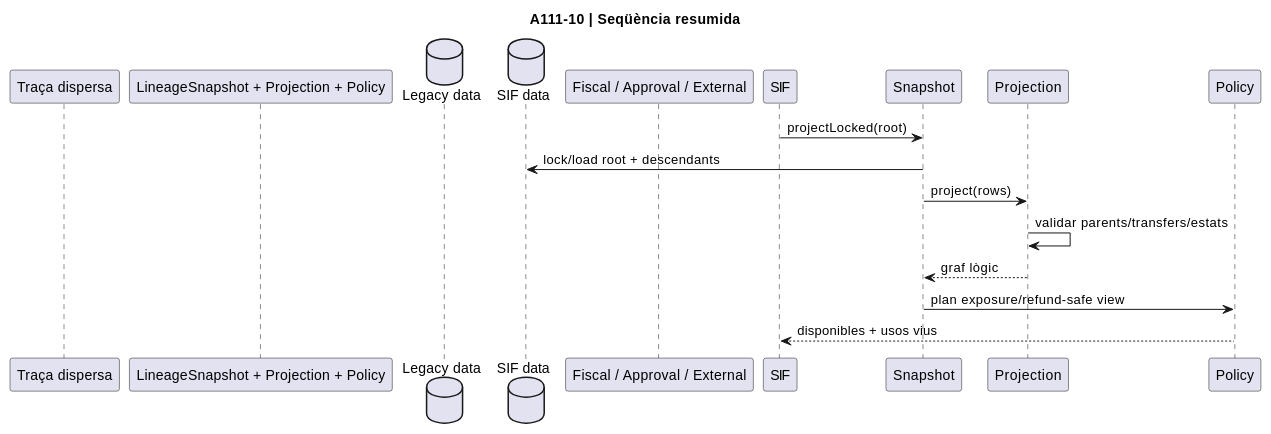
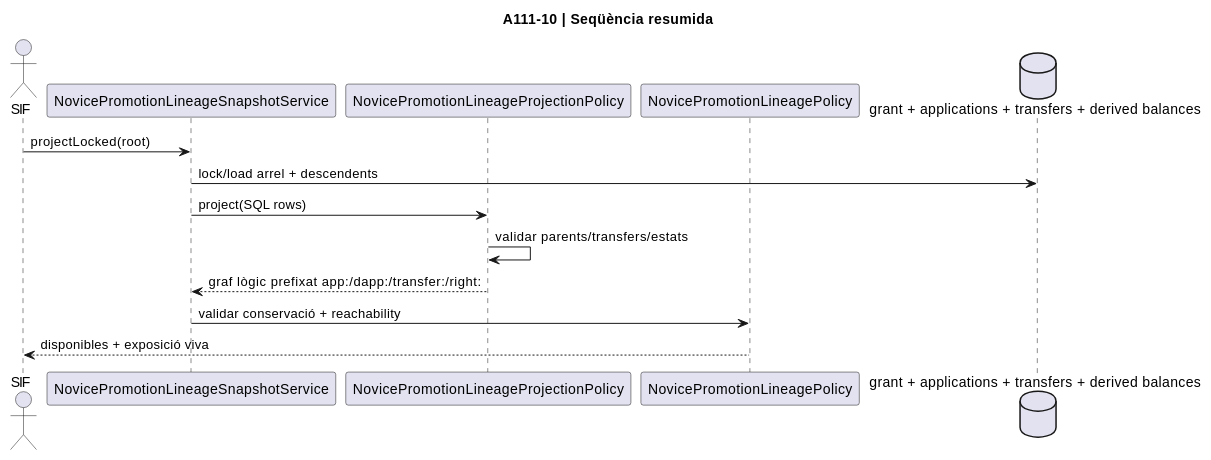
Before and after one commit to orgmeriemprismacat-del/verifactu: diagram 39 of 48 in documentacio/07-uml-integrat/uc-111-diagrames-per-accio.md, drawn with PlantUML. The commit also changed other lines of this file, not shown here.

Commit message:
docs UC-111 per-action UML: declare actors/interfaces explicitly and replace generic transfer/refund participants with exact services

````diff
--- a/documentacio/07-uml-integrat/uc-111-diagrames-per-accio.md
+++ b/documentacio/07-uml-integrat/uc-111-diagrames-per-accio.md
@@ -753,17 +787,17 @@
 ```plantuml
 @startuml
 title A111-10 | Seqüència resumida
-participant "Traça dispersa" as Legacy
-participant "LineageSnapshot + Projection + Policy" as Final
-database "Legacy data" as LegacyDB
-database "SIF data" as SIFDB
-participant "Fiscal / Approval / External" as Fiscal
+actor SIF
+participant NovicePromotionLineageSnapshotService as Snapshot
+participant NovicePromotionLineageProjectionPolicy as Projection
+participant NovicePromotionLineagePolicy as Policy
+database "grant + applications + transfers + derived balances" as SIFDB
 SIF -> Snapshot : projectLocked(root)
-Snapshot -> SIFDB : lock/load root + descendants
-Snapshot -> Projection : project(rows)
+Snapshot -> SIFDB : lock/load arrel + descendents
+Snapshot -> Projection : project(SQL rows)
 Projection -> Projection : validar parents/transfers/estats
-Projection --> Snapshot : graf lògic
-Snapshot -> Policy : plan exposure/refund-safe view
-Policy --> SIF : disponibles + usos vius
+Projection --> Snapshot : graf lògic prefixat app:/dapp:/transfer:/right:
+Snapshot -> Policy : validar conservació + reachability
+Policy --> SIF : disponibles + exposició viva
 @enduml
 ```
````
